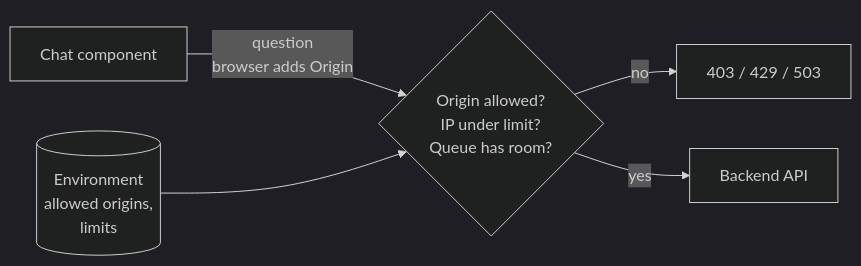
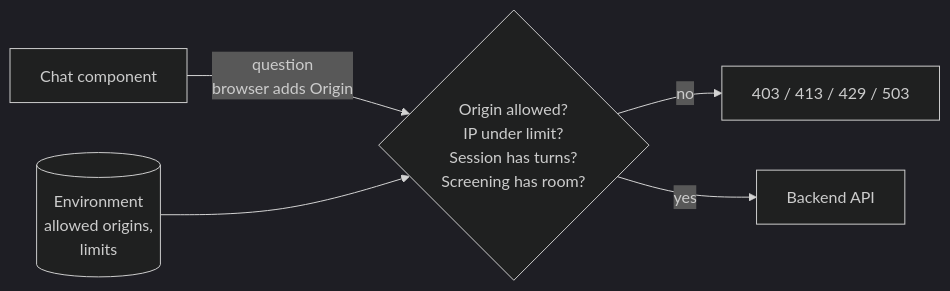
The diagram in docs/learn/diagrams/sd-02-the-backend-checks-who-is-calling.mmd (markbarbuto/vitae-ai), drawn with Mermaid (dark theme) before and after one commit. The commit also changed 121 other files, not shown here.

```diff
--- a/docs/learn/diagrams/sd-02-the-backend-checks-who-is-calling.mmd
+++ b/docs/learn/diagrams/sd-02-the-backend-checks-who-is-calling.mmd
@@ -1,5 +1,5 @@
 flowchart LR
-  Chat["Chat component"] -->|"question<br/>browser adds Origin"| Edge{"Origin allowed?<br/>IP under limit?<br/>Queue has room?"}
-  Edge -->|"no"| Reject["403 / 429 / 503"]
+  Chat["Chat component"] -->|"question<br/>browser adds Origin"| Edge{"Origin allowed?<br/>IP under limit?<br/>Session has turns?<br/>Screening has room?"}
+  Edge -->|"no"| Reject["403 / 413 / 429 / 503"]
   Edge -->|"yes"| API["Backend API"]
   Env[("Environment<br/>allowed origins,<br/>limits")] --> Edge
```
